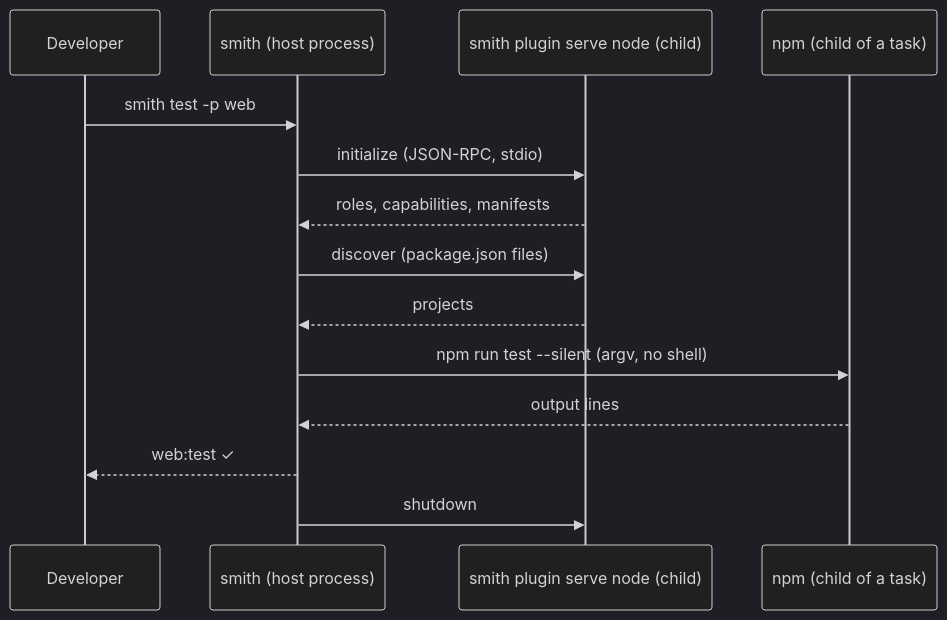
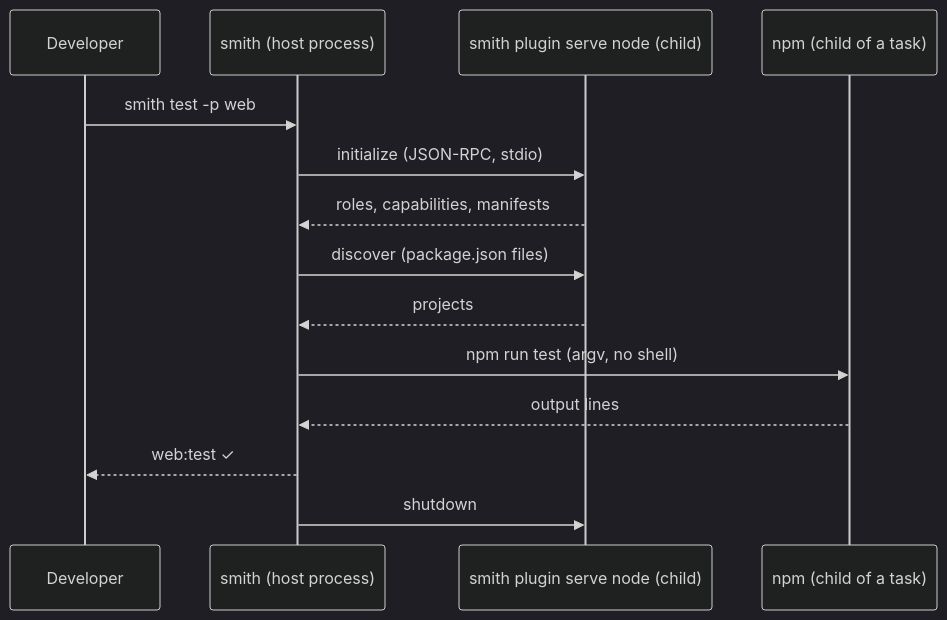
Before and after one commit to monosmith-app/monosmith: the third of 3 diagrams in docs/architecture/system-context.md, drawn with Mermaid (dark theme). The commit also changed 12 other files, not shown here.

First line of the commit message:
fix(node): npm script tasks run without --silent, so their logs show what npm does

````diff
--- a/docs/architecture/system-context.md
+++ b/docs/architecture/system-context.md
@@ -125,16 +125,16 @@
 ```mermaid
 sequenceDiagram
   participant U as Developer
   participant S as smith (host process)
   participant P as smith plugin serve node (child)
   participant T as npm (child of a task)
   U->>S: smith test -p web
   S->>P: initialize (JSON-RPC, stdio)
   P-->>S: roles, capabilities, manifests
   S->>P: discover (package.json files)
   P-->>S: projects
-  S->>T: npm run test --silent (argv, no shell)
+  S->>T: npm run test (argv, no shell)
   T-->>S: output lines
   S-->>U: web:test ✓
   S->>P: shutdown
 ```
````
